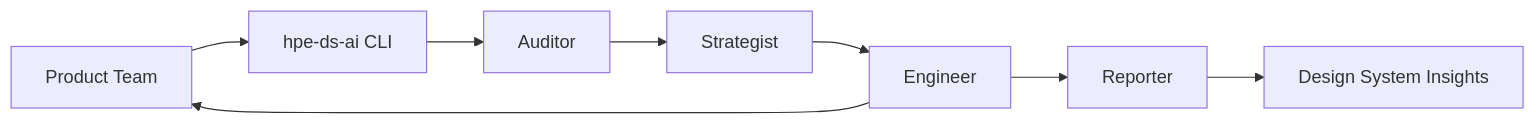
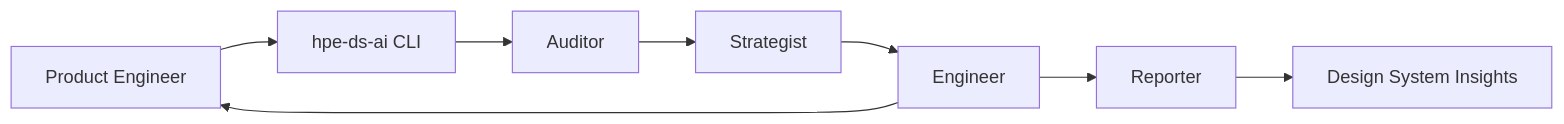
The first of 2 diagrams in packages/design-system-agent/presentations/vp-deck.md (grommet/hpe-design-system), drawn with Mermaid before and after one commit. The commit also changed other lines of this file and 1 other file, not shown here.

````diff
--- a/packages/design-system-agent/presentations/vp-deck.md
+++ b/packages/design-system-agent/presentations/vp-deck.md
@@ -46,10 +46,10 @@
 ```mermaid
 flowchart LR
-  U[Product Team] --> CLI[hpe-ds-ai CLI]
+  U[Product Engineer] --> CLI[hpe-ds-ai CLI]
   CLI --> A[Auditor]
   A --> S[Strategist]
   S --> E[Engineer]
   E --> R[Reporter]
   R --> DS[Design System Insights]
   E --> U
 ```
````
